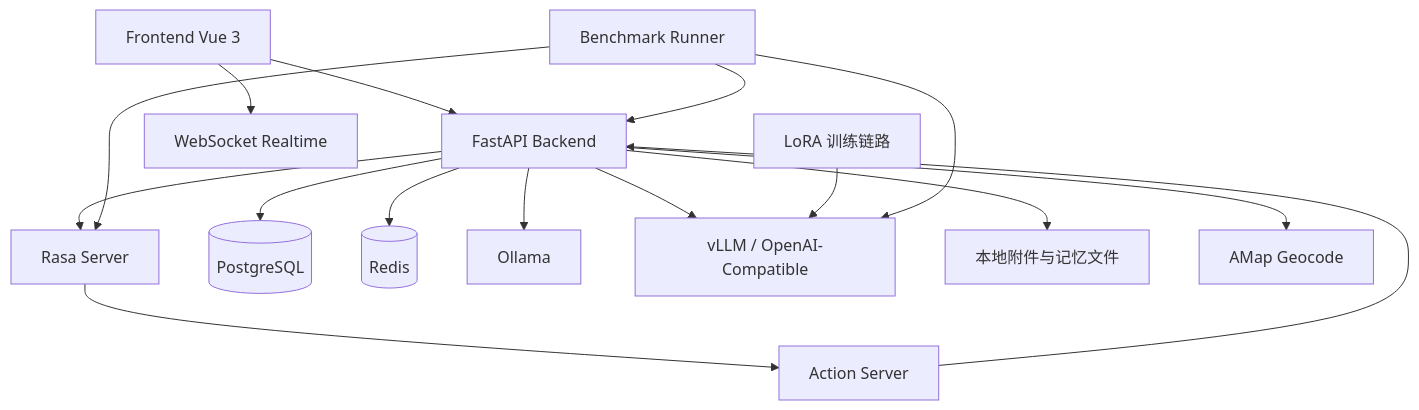
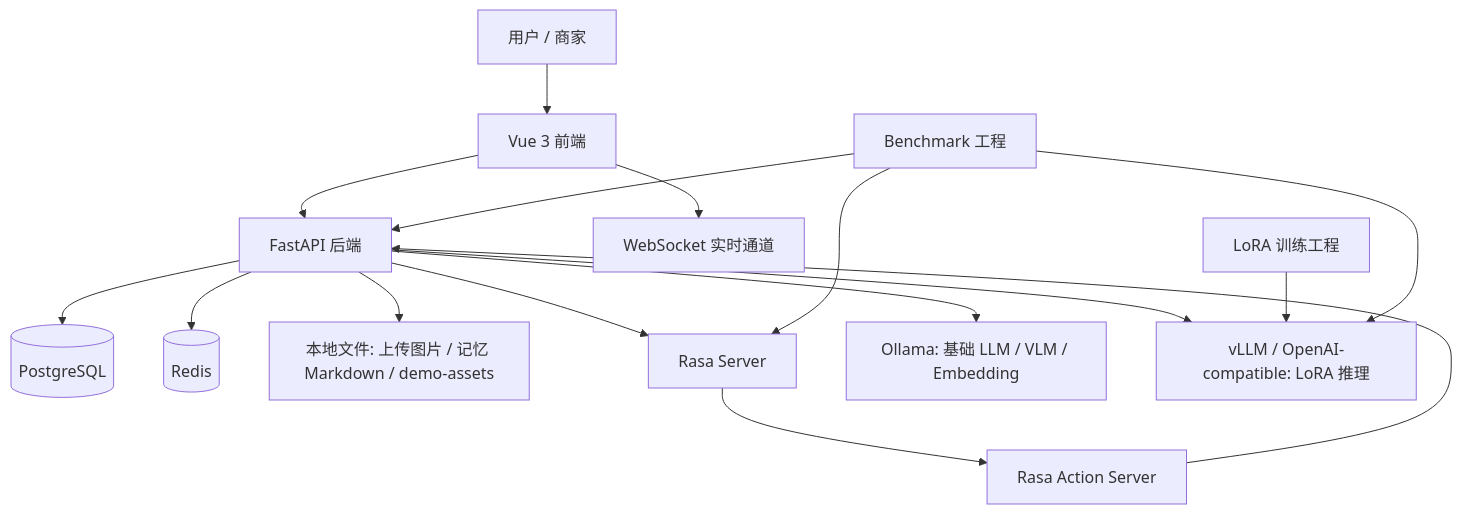
Before and after one commit to MAK1MAAaa/Rasa-EC-bot: the diagram in design.md, drawn with Mermaid. The commit also changed other lines of this file and 2 other files, not shown here.

````diff
--- a/design.md
+++ b/design.md
@@ -31,18 +17,21 @@
 ```mermaid
 graph TD
-    A[Frontend Vue 3] --> B[FastAPI Backend]
-    A --> W[WebSocket Realtime]
-    B --> C[Rasa Server]
-    C --> D[Action Server]
-    D --> B
-    B --> E[(PostgreSQL)]
-    B --> F[(Redis)]
-    B --> G[Ollama]
-    B --> H[vLLM / OpenAI-Compatible]
-    B --> I[本地附件与记忆文件]
-    B --> J[AMap Geocode]
-    K[LoRA 训练链路] --> H
-    L[Benchmark Runner] --> B
-    L --> C
-    L --> H
+    U[用户 / 商家] --> FE[Vue 3 前端]
+    FE --> API[FastAPI 后端]
+    FE --> WS[WebSocket 实时通道]
+
+    API --> PG[(PostgreSQL)]
+    API --> RD[(Redis)]
+    API --> FS[本地文件: 上传图片 / 记忆 Markdown / demo-assets]
+    API --> RASA[Rasa Server]
+    RASA --> ACT[Rasa Action Server]
+    ACT --> API
+
+    API --> OLLAMA[Ollama: 基础 LLM / VLM / Embedding]
+    API --> VLLM[vLLM / OpenAI-compatible: LoRA 推理]
+    LORA[LoRA 训练工程] --> VLLM
+
+    BM[Benchmark 工程] --> API
+    BM --> RASA
+    BM --> VLLM
 ```
````
